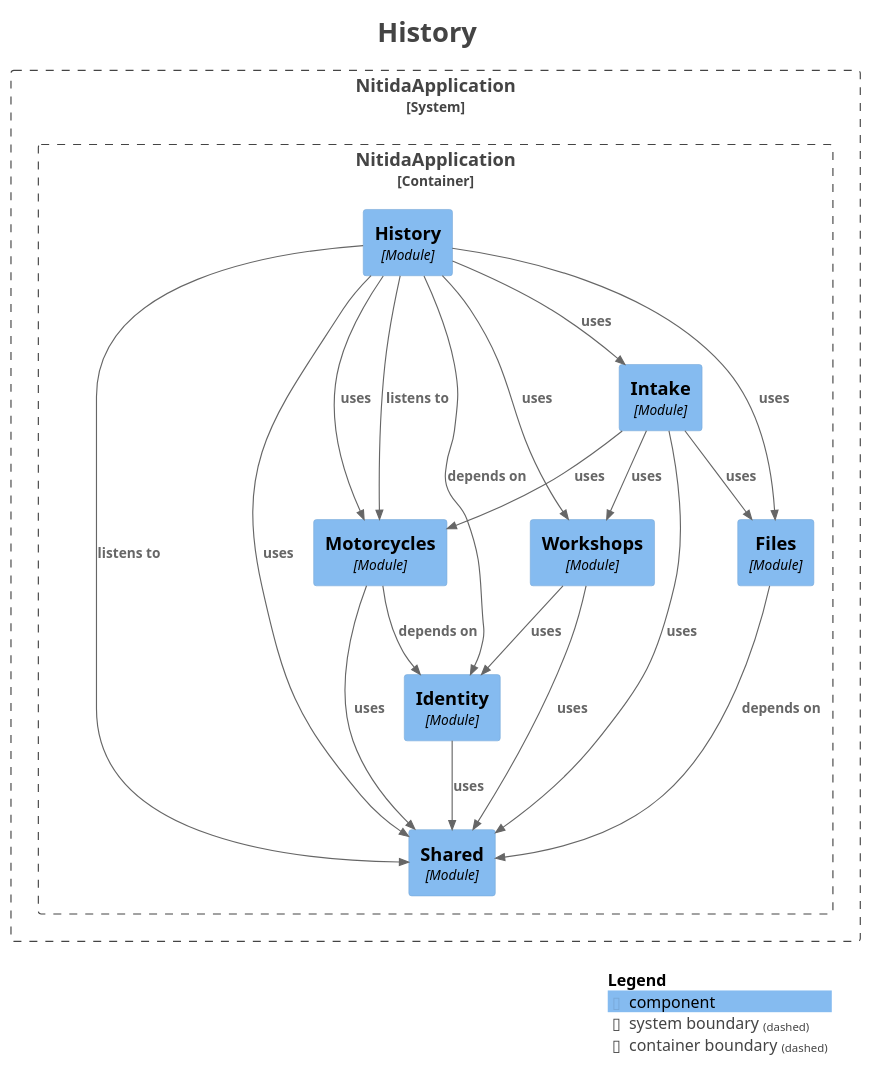
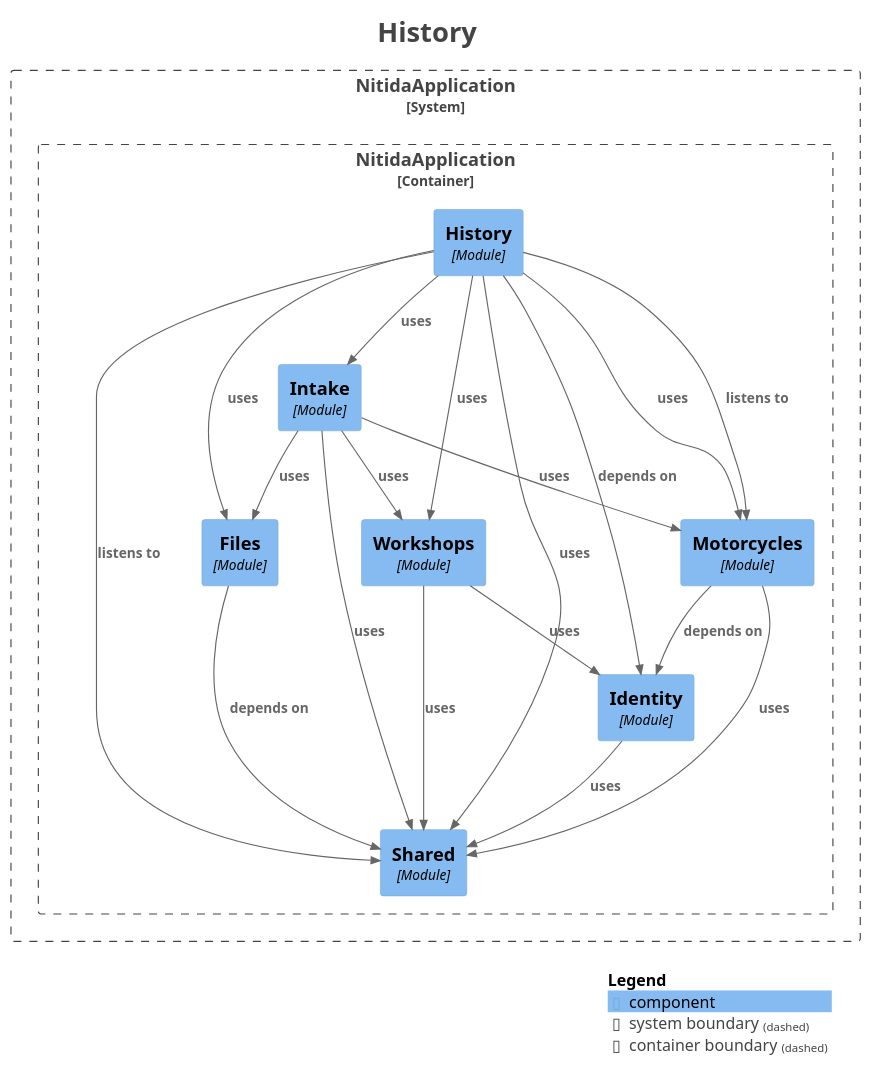
Before and after one commit to Nicolas-12000/Nitida: the diagram in docs/modulos/module-history.puml, drawn with PlantUML. The commit also changed other lines of this file and 13 other files, not shown here.

Commit message:
feat(dev): development seed through the public API (admin, 2 workshops, 5 delivered motorcycles); test: Ed25519 JDK vs BouncyCastle differential

```diff
--- a/docs/modulos/module-history.puml
+++ b/docs/modulos/module-history.puml
@@ -1,52 +1,52 @@
 @startuml
 title <size:24>History</size>
 
 set separator none
 top to bottom direction
 
 <style>
   root {
     BackgroundColor: #ffffff
     FontColor: #444444
   }
 </style>
 
 !include <C4/C4>
 !include <C4/C4_Context>
 !include <C4/C4_Component>
 
 System_Boundary("NitidaApplication_boundary", "NitidaApplication", $tags="") {
   Container_Boundary("NitidaApplication.NitidaApplication_boundary", "NitidaApplication", $tags="") {
+    Component(NitidaApplication.NitidaApplication.Intake, "Intake", $techn="Module", $descr="", $tags="", $link="")
     Component(NitidaApplication.NitidaApplication.History, "History", $techn="Module", $descr="", $tags="", $link="")
     Component(NitidaApplication.NitidaApplication.Shared, "Shared", $techn="Module", $descr="", $tags="", $link="")
     Component(NitidaApplication.NitidaApplication.Files, "Files", $techn="Module", $descr="", $tags="", $link="")
     Component(NitidaApplication.NitidaApplication.Identity, "Identity", $techn="Module", $descr="", $tags="", $link="")
     Component(NitidaApplication.NitidaApplication.Motorcycles, "Motorcycles", $techn="Module", $descr="", $tags="", $link="")
     Component(NitidaApplication.NitidaApplication.Workshops, "Workshops", $techn="Module", $descr="", $tags="", $link="")
-    Component(NitidaApplication.NitidaApplication.Intake, "Intake", $techn="Module", $descr="", $tags="", $link="")
   }
 
 }
 
 Rel(NitidaApplication.NitidaApplication.Identity, NitidaApplication.NitidaApplication.Shared, "uses", $techn="", $tags="", $link="")
-Rel(NitidaApplication.NitidaApplication.Files, NitidaApplication.NitidaApplication.Shared, "depends on", $techn="", $tags="", $link="")
-Rel(NitidaApplication.NitidaApplication.Intake, NitidaApplication.NitidaApplication.Motorcycles, "uses", $techn="", $tags="", $link="")
-Rel(NitidaApplication.NitidaApplication.Intake, NitidaApplication.NitidaApplication.Shared, "uses", $techn="", $tags="", $link="")
-Rel(NitidaApplication.NitidaApplication.Intake, NitidaApplication.NitidaApplication.Workshops, "uses", $techn="", $tags="", $link="")
-Rel(NitidaApplication.NitidaApplication.Intake, NitidaApplication.NitidaApplication.Files, "uses", $techn="", $tags="", $link="")
 Rel(NitidaApplication.NitidaApplication.Workshops, NitidaApplication.NitidaApplication.Identity, "uses", $techn="", $tags="", $link="")
 Rel(NitidaApplication.NitidaApplication.Workshops, NitidaApplication.NitidaApplication.Shared, "uses", $techn="", $tags="", $link="")
-Rel(NitidaApplication.NitidaApplication.Motorcycles, NitidaApplication.NitidaApplication.Identity, "depends on", $techn="", $tags="", $link="")
-Rel(NitidaApplication.NitidaApplication.Motorcycles, NitidaApplication.NitidaApplication.Shared, "uses", $techn="", $tags="", $link="")
+Rel(NitidaApplication.NitidaApplication.History, NitidaApplication.NitidaApplication.Shared, "listens to", $techn="", $tags="", $link="")
 Rel(NitidaApplication.NitidaApplication.History, NitidaApplication.NitidaApplication.Motorcycles, "listens to", $techn="", $tags="", $link="")
-Rel(NitidaApplication.NitidaApplication.History, NitidaApplication.NitidaApplication.Shared, "listens to", $techn="", $tags="", $link="")
 Rel(NitidaApplication.NitidaApplication.History, NitidaApplication.NitidaApplication.Identity, "depends on", $techn="", $tags="", $link="")
 Rel(NitidaApplication.NitidaApplication.History, NitidaApplication.NitidaApplication.Workshops, "uses", $techn="", $tags="", $link="")
 Rel(NitidaApplication.NitidaApplication.History, NitidaApplication.NitidaApplication.Intake, "uses", $techn="", $tags="", $link="")
 Rel(NitidaApplication.NitidaApplication.History, NitidaApplication.NitidaApplication.Motorcycles, "uses", $techn="", $tags="", $link="")
 Rel(NitidaApplication.NitidaApplication.History, NitidaApplication.NitidaApplication.Shared, "uses", $techn="", $tags="", $link="")
 Rel(NitidaApplication.NitidaApplication.History, NitidaApplication.NitidaApplication.Files, "uses", $techn="", $tags="", $link="")
+Rel(NitidaApplication.NitidaApplication.Motorcycles, NitidaApplication.NitidaApplication.Identity, "depends on", $techn="", $tags="", $link="")
+Rel(NitidaApplication.NitidaApplication.Motorcycles, NitidaApplication.NitidaApplication.Shared, "uses", $techn="", $tags="", $link="")
+Rel(NitidaApplication.NitidaApplication.Intake, NitidaApplication.NitidaApplication.Motorcycles, "uses", $techn="", $tags="", $link="")
+Rel(NitidaApplication.NitidaApplication.Intake, NitidaApplication.NitidaApplication.Shared, "uses", $techn="", $tags="", $link="")
+Rel(NitidaApplication.NitidaApplication.Intake, NitidaApplication.NitidaApplication.Workshops, "uses", $techn="", $tags="", $link="")
+Rel(NitidaApplication.NitidaApplication.Intake, NitidaApplication.NitidaApplication.Files, "uses", $techn="", $tags="", $link="")
+Rel(NitidaApplication.NitidaApplication.Files, NitidaApplication.NitidaApplication.Shared, "depends on", $techn="", $tags="", $link="")
 
 SHOW_LEGEND(true)
 hide stereotypes
 @enduml
```
